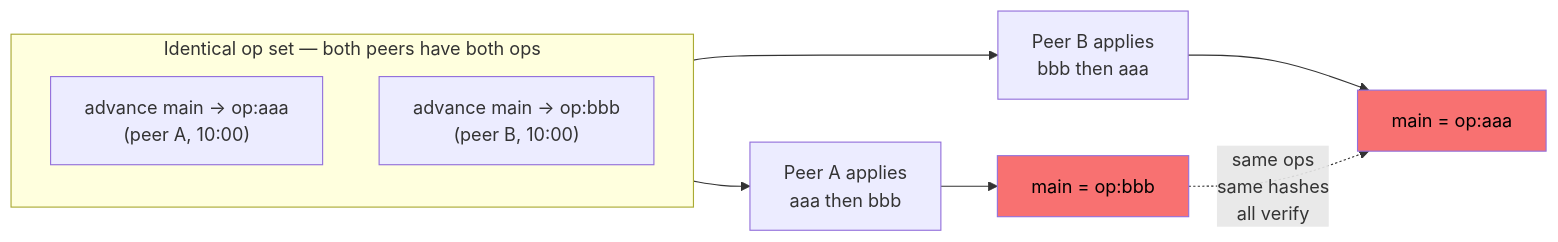
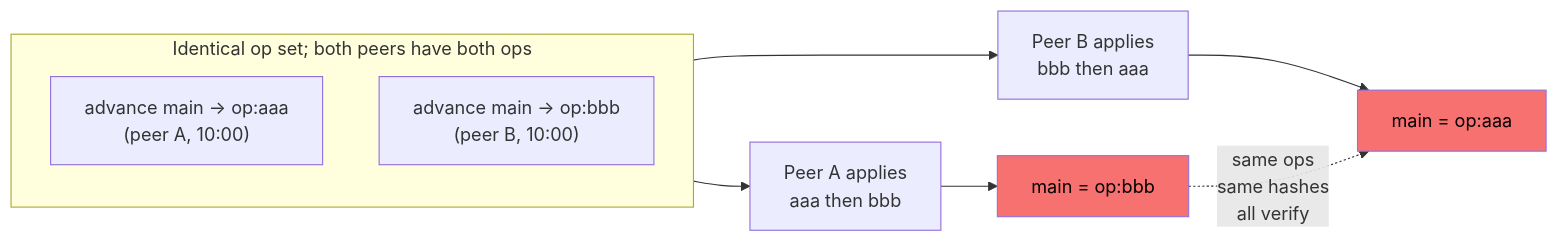
The second of 10 diagrams in docs/planning/spec-v1.1-refs-and-authz.md (trentbrew/trellis), drawn with Mermaid before and after one commit. The commit also changed other lines of this file and 218 other files, not shown here.

````diff
--- a/docs/planning/spec-v1.1-refs-and-authz.md
+++ b/docs/planning/spec-v1.1-refs-and-authz.md
@@ -52,18 +52,18 @@
 ```mermaid
 flowchart LR
-    subgraph ops["Identical op set — both peers have both ops"]
+    subgraph ops["Identical op set; both peers have both ops"]
         A["advance main → op:aaa<br/>(peer A, 10:00)"]
         B["advance main → op:bbb<br/>(peer B, 10:00)"]
     end
 
     ops --> PA["Peer A applies<br/>aaa then bbb"]
     ops --> PB["Peer B applies<br/>bbb then aaa"]
 
     PA --> RA["main = op:bbb"]
     PB --> RB["main = op:aaa"]
 
     RA -.->|"same ops<br/>same hashes<br/>all verify"| RB
 
     style RA fill:#f87171,color:#000
     style RB fill:#f87171,color:#000
 ```
````
